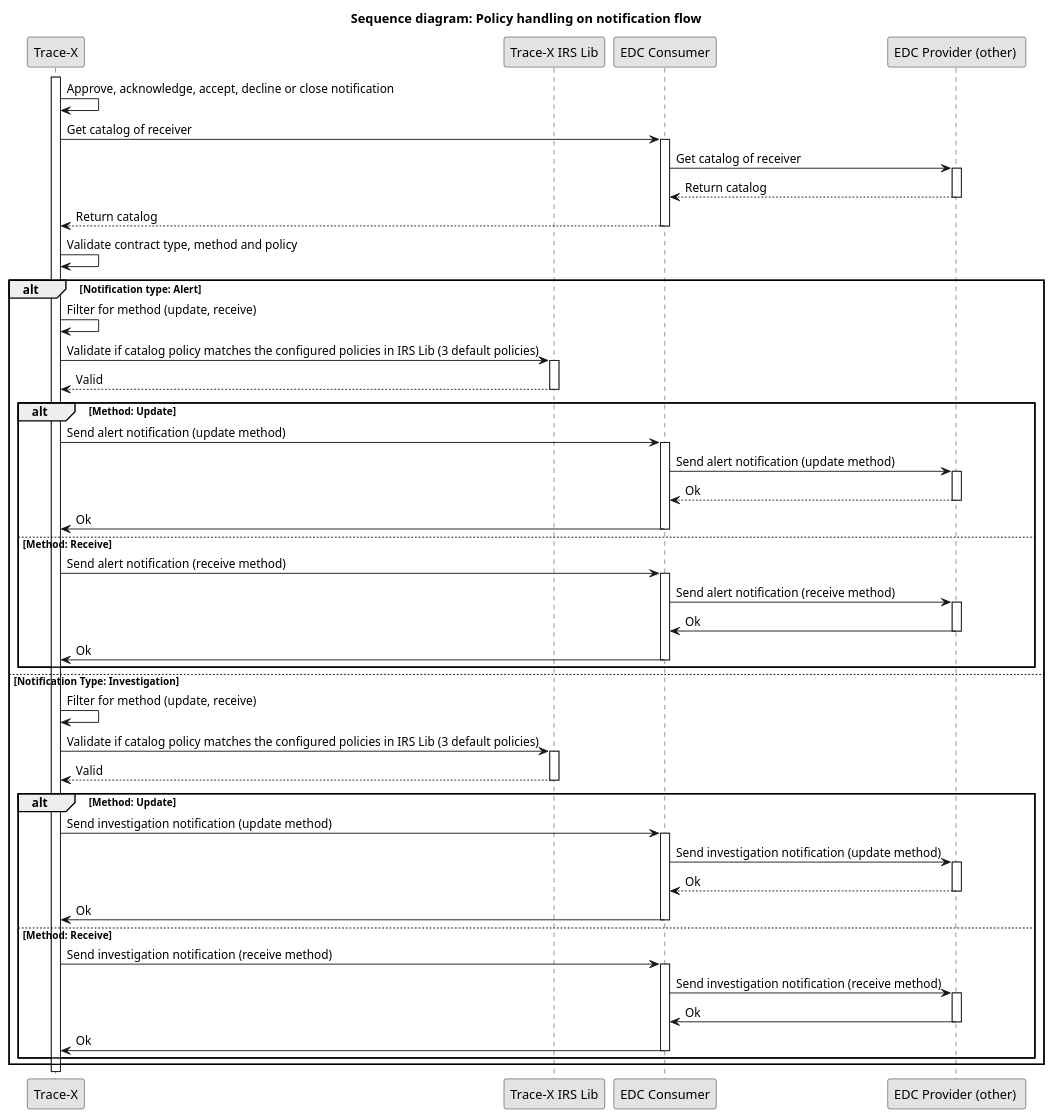
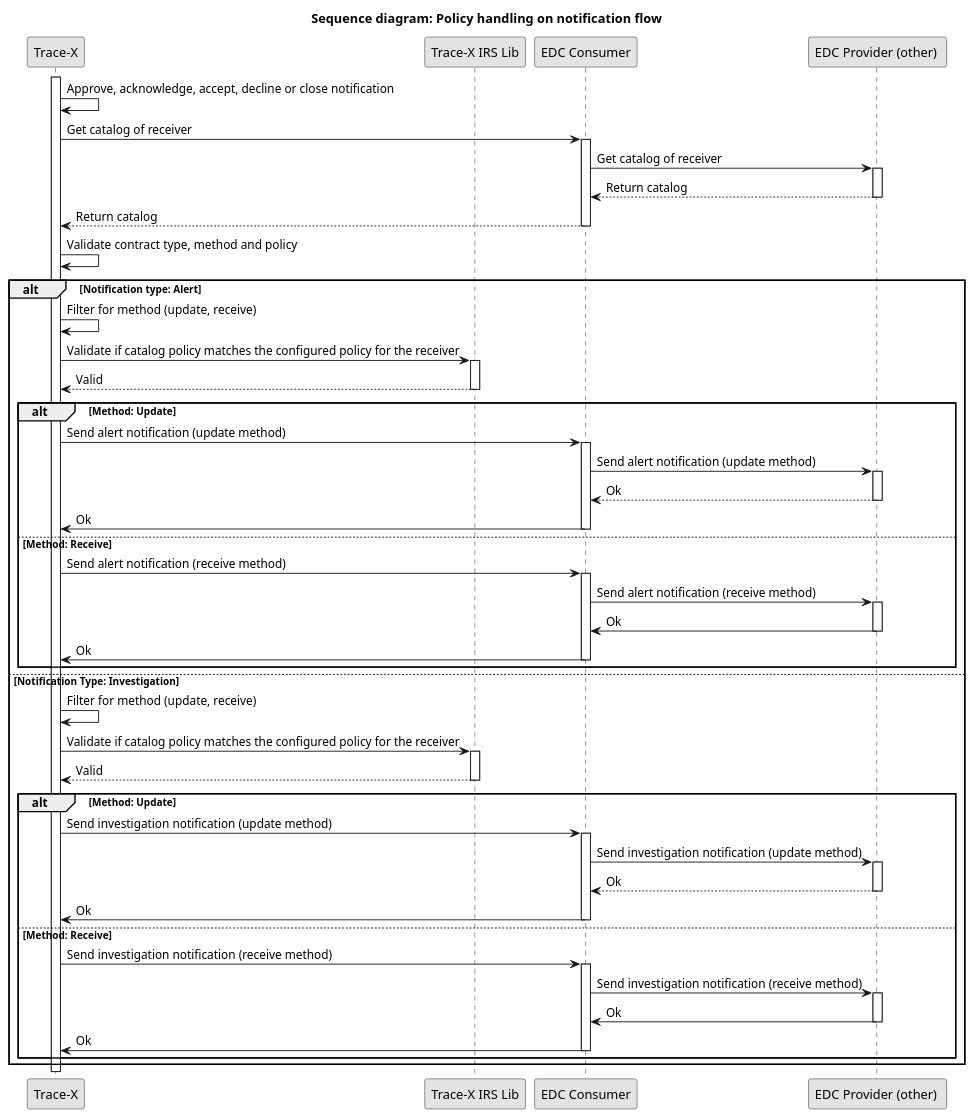
Before and after one commit to eclipse-tractusx/traceability-foss: the diagram in docs/src/uml-diagrams/arc42/runtime-view/policies/policy-notifications.puml, drawn with PlantUML. The commit also changed 12 other files, not shown here.

```diff
--- a/docs/src/uml-diagrams/arc42/runtime-view/policies/policy-notifications.puml
+++ b/docs/src/uml-diagrams/arc42/runtime-view/policies/policy-notifications.puml
@@ -1,75 +1,75 @@
 @startuml
 skinparam monochrome true
 skinparam shadowing false
 skinparam defaultFontName "Architects daughter"
 
 title Sequence diagram: Policy handling on notification flow
 participant "Trace-X" as TraceX
 participant "Trace-X IRS Lib" as TraceXIRSLib
 participant "EDC Consumer" as EdcConsumer
 participant "EDC Provider (other) " as EdcProvider
 
 activate TraceX
 TraceX -> TraceX: Approve, acknowledge, accept, decline or close notification
 TraceX -> EdcConsumer: Get catalog of receiver
 activate EdcConsumer
 EdcConsumer -> EdcProvider: Get catalog of receiver
 activate EdcProvider
 EdcProvider --> EdcConsumer: Return catalog
 deactivate EdcProvider
 EdcConsumer --> TraceX: Return catalog
 deactivate EdcConsumer
 TraceX -> TraceX: Validate contract type, method and policy
 
 alt Notification type: Alert
     TraceX -> TraceX: Filter for method (update, receive)
-    TraceX -> TraceXIRSLib: Validate if catalog policy matches the configured policies in IRS Lib (3 default policies)
+    TraceX -> TraceXIRSLib: Validate if catalog policy matches the configured policy for the receiver
     activate TraceXIRSLib
     TraceXIRSLib --> TraceX: Valid
     deactivate TraceXIRSLib
     alt Method: Update
         TraceX -> EdcConsumer: Send alert notification (update method)
         activate EdcConsumer
         EdcConsumer -> EdcProvider: Send alert notification (update method)
         activate EdcProvider
         EdcProvider --> EdcConsumer: Ok
         deactivate EdcProvider
         EdcConsumer -> TraceX: Ok
         deactivate EdcConsumer
     else Method: Receive
         TraceX -> EdcConsumer: Send alert notification (receive method)
         activate EdcConsumer
         EdcConsumer -> EdcProvider: Send alert notification (receive method)
         activate EdcProvider
         EdcProvider -> EdcConsumer: Ok
         deactivate EdcProvider
         EdcConsumer -> TraceX: Ok
         deactivate EdcConsumer
     end
 else Notification Type: Investigation
     TraceX -> TraceX: Filter for method (update, receive)
-    TraceX -> TraceXIRSLib: Validate if catalog policy matches the configured policies in IRS Lib (3 default policies)
+    TraceX -> TraceXIRSLib: Validate if catalog policy matches the configured policy for the receiver
     activate TraceXIRSLib
     TraceXIRSLib --> TraceX: Valid
     deactivate TraceXIRSLib
     alt Method: Update
         TraceX -> EdcConsumer: Send investigation notification (update method)
         activate EdcConsumer
         EdcConsumer -> EdcProvider: Send investigation notification (update method)
         activate EdcProvider
         EdcProvider --> EdcConsumer: Ok
         deactivate EdcProvider
         EdcConsumer -> TraceX: Ok
         deactivate EdcConsumer
     else Method: Receive
         TraceX -> EdcConsumer: Send investigation notification (receive method)
         activate EdcConsumer
         EdcConsumer -> EdcProvider: Send investigation notification (receive method)
         activate EdcProvider
         EdcProvider -> EdcConsumer: Ok
         deactivate EdcProvider
         EdcConsumer -> TraceX: Ok
         deactivate EdcConsumer
     end
 end
 @enduml
```
